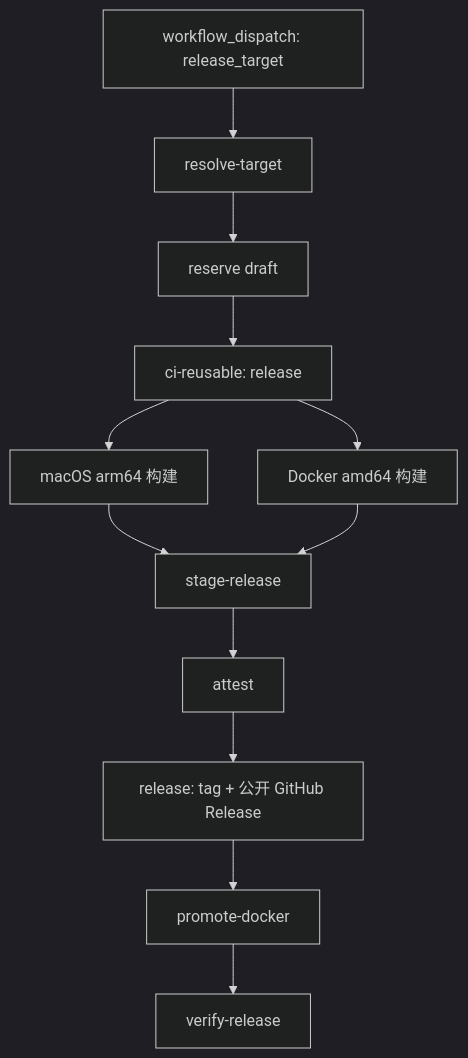
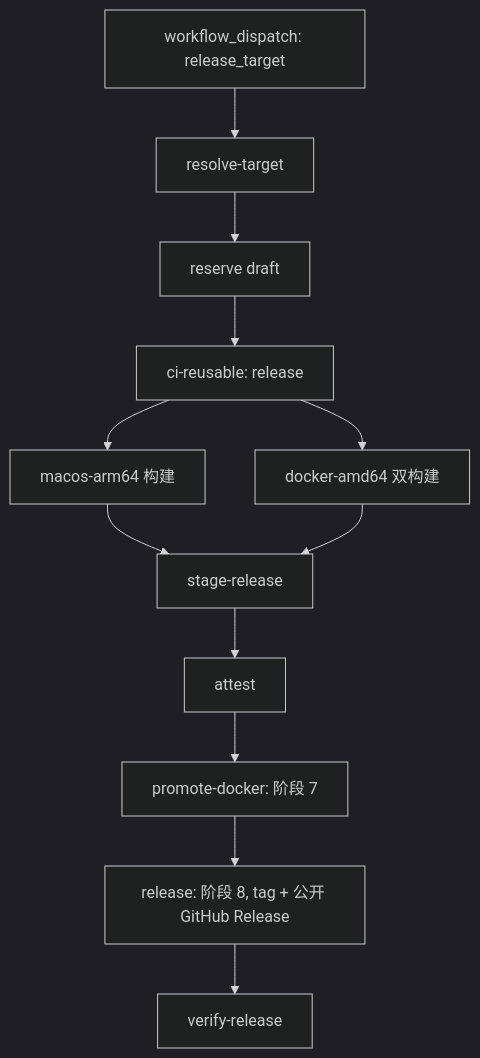
The second of 2 diagrams in docs/CI.md (IvanLi-CN/mien), drawn with Mermaid (dark theme) before and after one commit. The commit also changed other lines of this file and 52 other files, not shown here.

````diff
--- a/docs/CI.md
+++ b/docs/CI.md
@@ -63,14 +63,14 @@
 ```mermaid
 flowchart TD
   Dispatch[workflow_dispatch: release_target] --> V[resolve-target]
   V --> R[reserve draft]
   R --> T[ci-reusable: release]
-  T --> M[macOS arm64 构建]
-  T --> Docker[Docker amd64 构建]
+  T --> M[macos-arm64 构建]
+  T --> Docker[docker-amd64 双构建]
   M --> S[stage-release]
   Docker --> S
   S --> A[attest]
-  A --> P[release: tag + 公开 GitHub Release]
-  P --> PD[promote-docker]
-  PD --> X[verify-release]
+  A --> PD[promote-docker: 阶段 7]
+  PD --> P[release: 阶段 8, tag + 公开 GitHub Release]
+  P --> X[verify-release]
 ```
````
